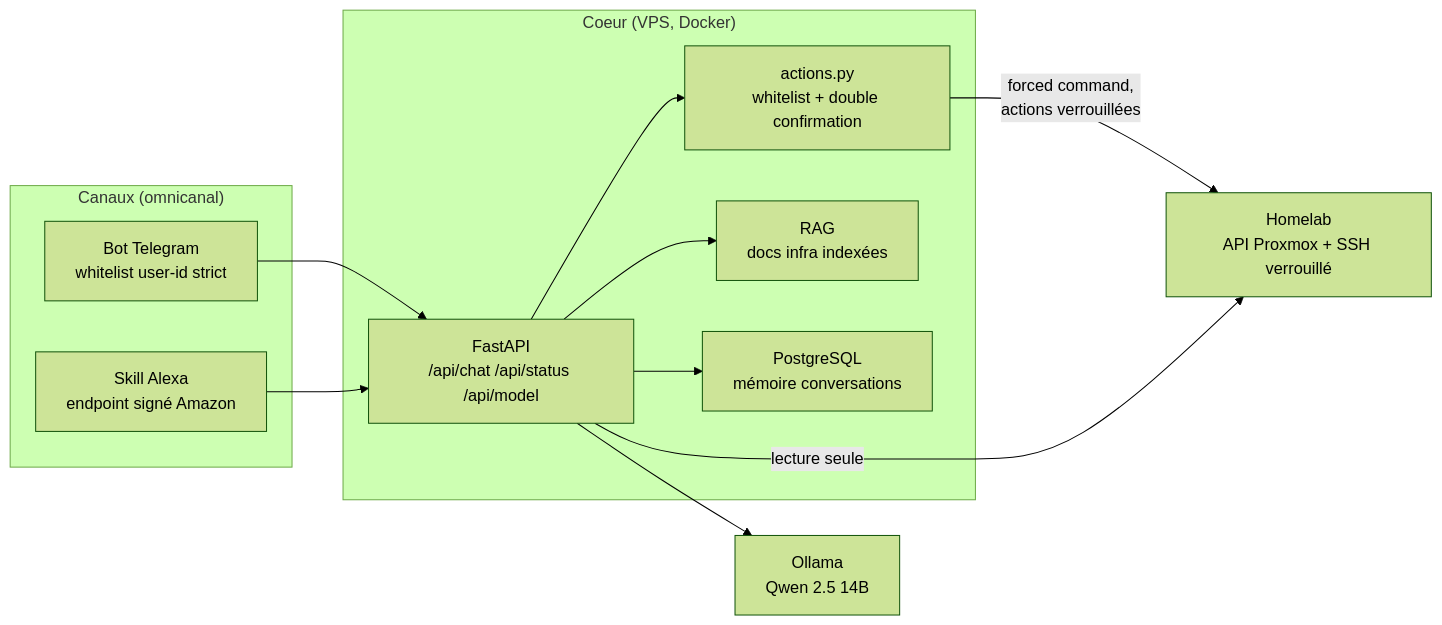
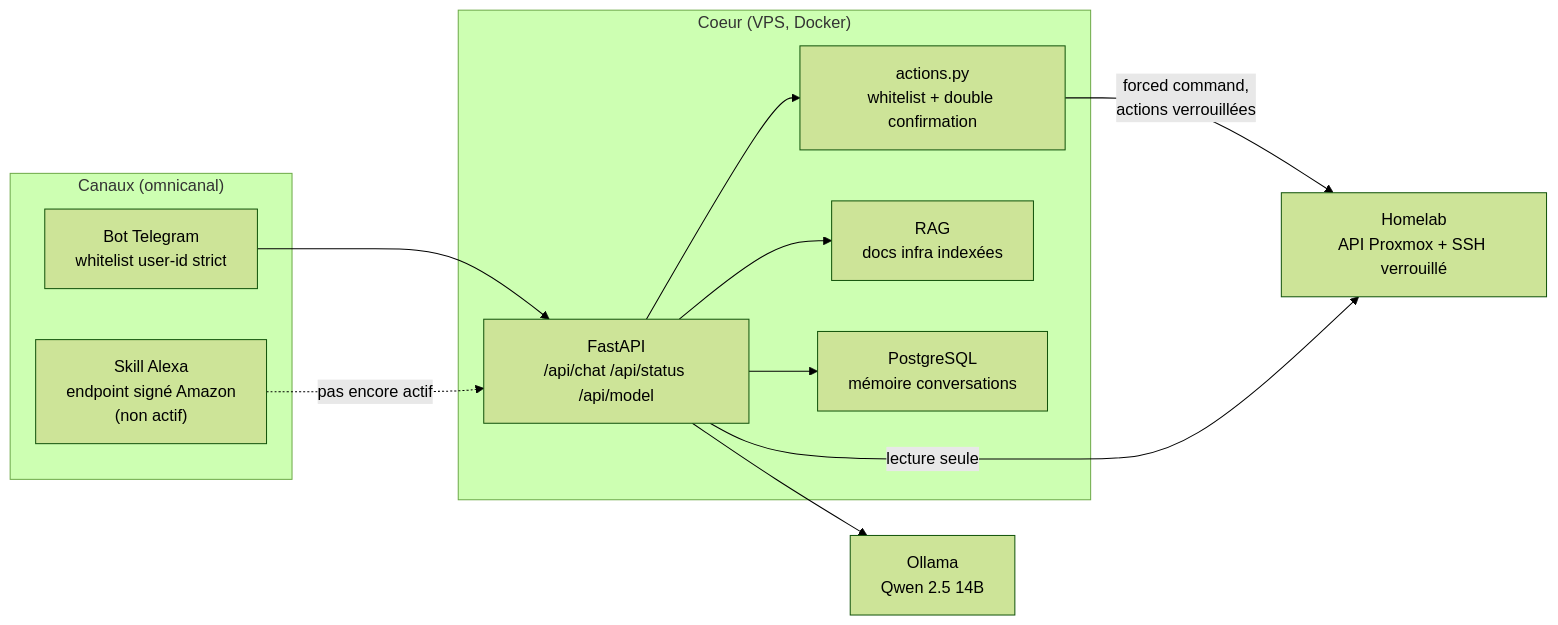
Before and after one commit to Tom1419-git/vektor: the diagram in CAPACITES-V1.md, drawn with Mermaid (forest theme). The commit also changed other lines of this file and 1 other file, not shown here.

Commit message:
Docs: statut réel du canal Alexa (developpé, non actif sur l'Echo)

````diff
--- a/CAPACITES-V1.md
+++ b/CAPACITES-V1.md
@@ -12,24 +14,24 @@
 ```mermaid
 flowchart LR
     subgraph canaux["Canaux (omnicanal)"]
         TG["Bot Telegram<br/>whitelist user-id strict"]
-        AX["Skill Alexa<br/>endpoint signé Amazon"]
+        AX["Skill Alexa<br/>endpoint signé Amazon<br/>(non actif)"]
     end
     subgraph coeur["Coeur (VPS, Docker)"]
         API["FastAPI<br/>/api/chat /api/status /api/model"]
         ACT["actions.py<br/>whitelist + double confirmation"]
         RAG["RAG<br/>docs infra indexées"]
         MEM["PostgreSQL<br/>mémoire conversations"]
     end
     LLM["Ollama<br/>Qwen 2.5 14B"]
     PVE["Homelab<br/>API Proxmox + SSH verrouillé"]
 
     TG --> API
-    AX --> API
+    AX -.->|"pas encore actif"| API
     API --> ACT
     API --> RAG
     API --> MEM
     API --> LLM
     ACT -->|"forced command,<br/>actions verrouillées"| PVE
     API -->|"lecture seule"| PVE
 ```
````
